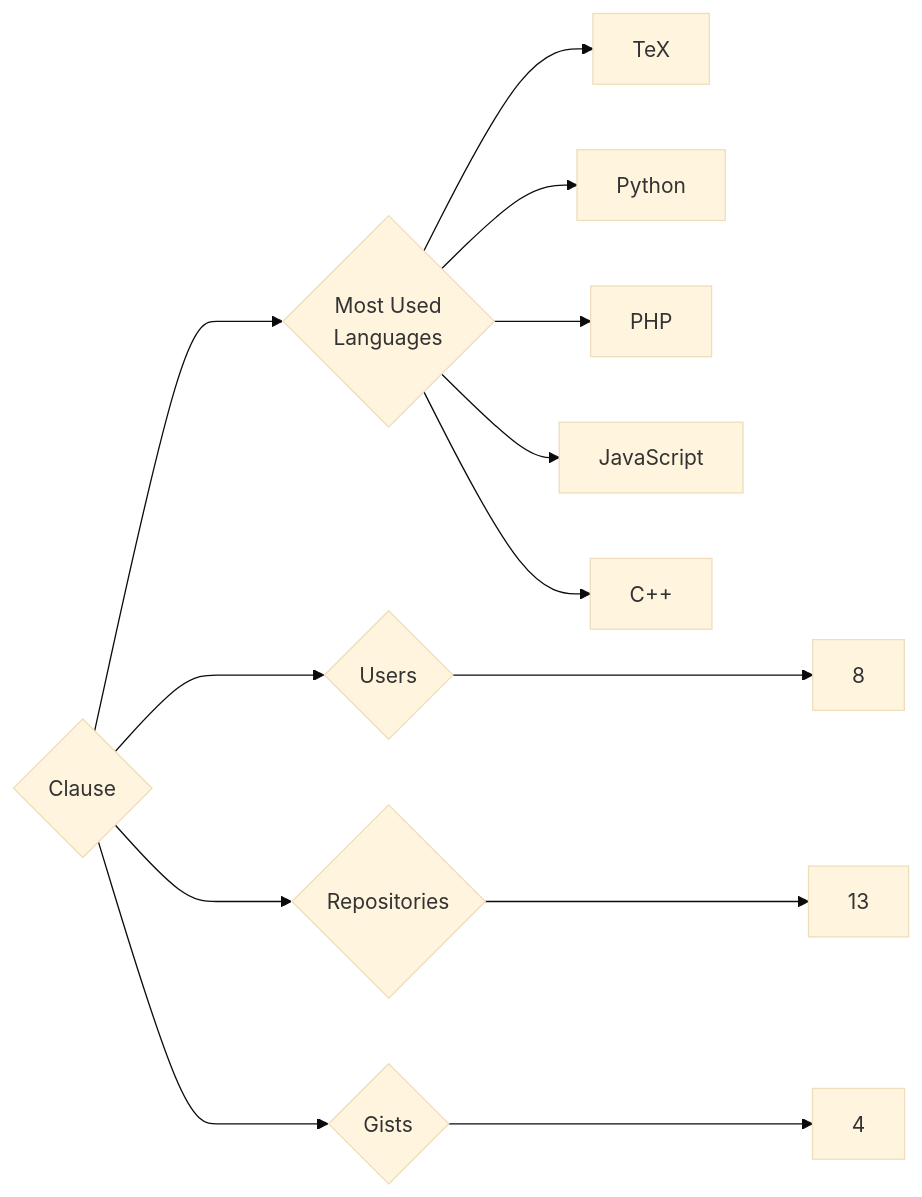
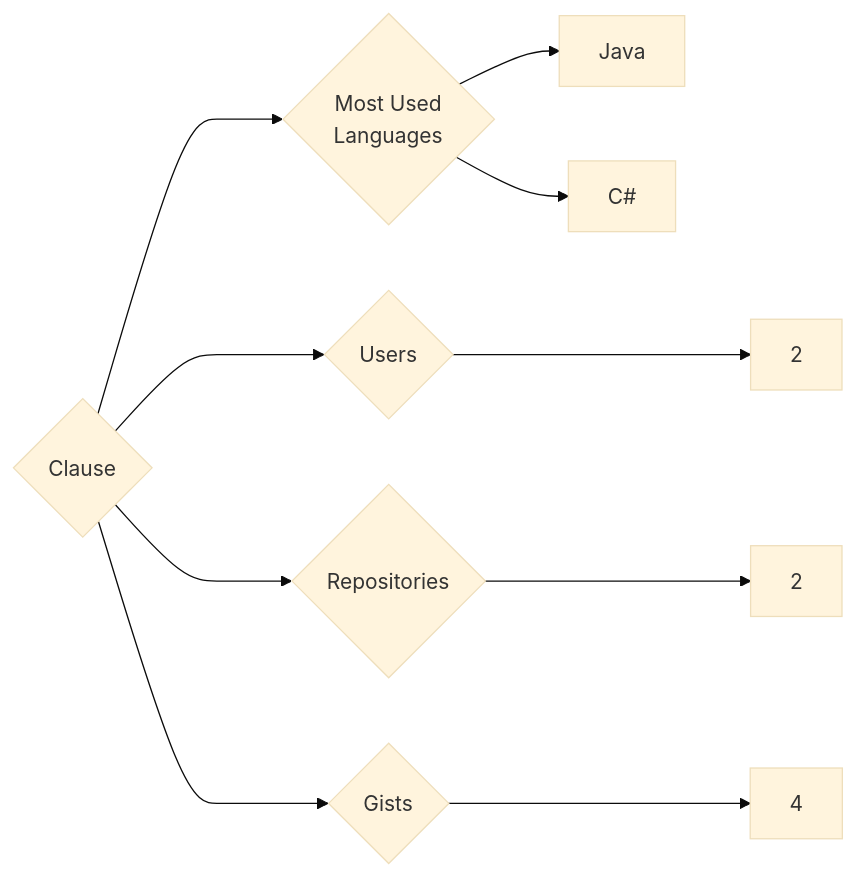
One commit to trickest/insiders changed the diagram in targets/Clause/README.md. Above: the diagram before and after it, drawn with Mermaid (base theme). The commit also changed 718 other files, not shown here.

````diff
--- a/targets/Clause/README.md
+++ b/targets/Clause/README.md
@@ -3,13 +3,10 @@
 ```mermaid
 graph LR
 COMPANY_NAME{Clause}
-COMPANY_NAME ---> U{Users} ---> UN[8]
-COMPANY_NAME ---> R{Repositories} ---> RN[13]
+COMPANY_NAME ---> U{Users} ---> UN[2]
+COMPANY_NAME ---> R{Repositories} ---> RN[2]
 COMPANY_NAME ---> G{Gists} ---> GN[4]
 COMPANY_NAME ---> ML{Most Used<br>Languages}
-ML --> TeX[TeX]
-ML --> Python[Python]
-ML --> PHP[PHP]
-ML --> JavaScript[JavaScript]
-ML --> C++[C++]
+ML --> Java[Java]
+ML --> C#[C#]
 ```
````
